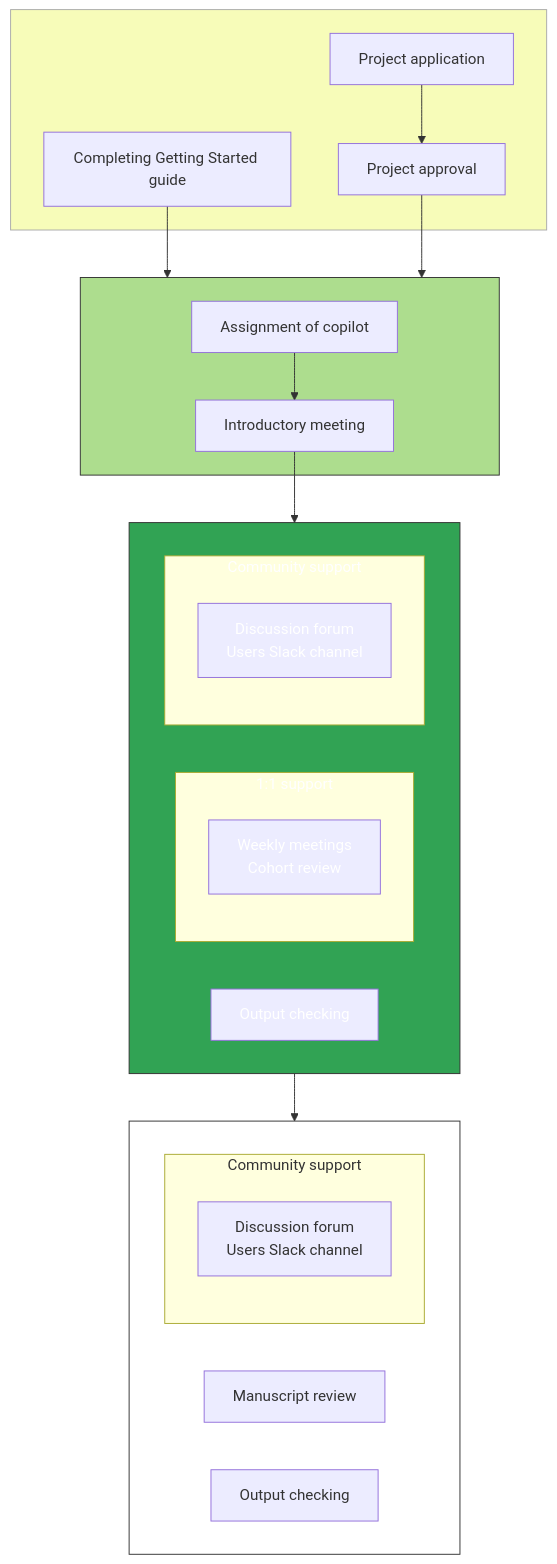
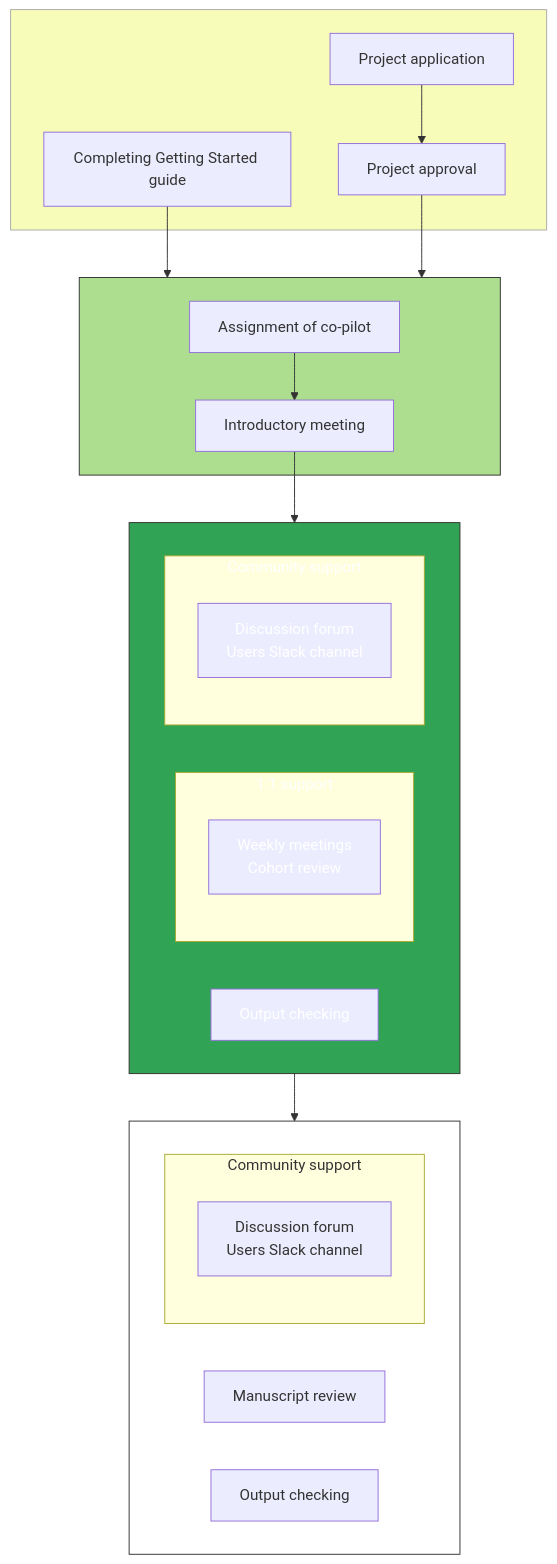
One commit to opensafely/documentation changed the diagram in docs/copiloting-service.md. Above: the diagram before and after it, drawn with Mermaid. The commit also changed other lines of this file and 1 other file, not shown here.

First line of the commit message:
Changing the spelling of copilot to co-pilot

````diff
--- a/docs/copiloting-service.md
+++ b/docs/copiloting-service.md
@@ -30,43 +30,43 @@
 ```mermaid
 flowchart TD
     subgraph setup_stage[" "]
         application_submission[Project application]
         application_approval[Project approval]
         application_submission --> application_approval
         getting_started[Completing Getting Started guide]
     end
     subgraph assignment_stage[" "]
-            copilot_assignment[Assignment of copilot]
+            copilot_assignment[Assignment of co-pilot]
             introductory_meeting[Introductory meeting]
             copilot_assignment --> introductory_meeting
     end
     subgraph copiloting_stage[" "]
         subgraph dedicated_support[1:1 support]
             active_copiloting[Weekly meetings\nCohort review]
         end
         subgraph wider_support[Community support]
             wider_support_details[Discussion forum\nUsers Slack channel]
         end
         output_checking[Output checking]
     end
     subgraph post_copiloting_stage[" "]
         subgraph wider_support_post[Community support]
             wider_support_details_post[Discussion forum\nUsers Slack channel]
         end
         manuscript_review[Manuscript review]
         output_checking_post[Output checking]
     end
     getting_started --> assignment_stage
     application_approval --> assignment_stage
     introductory_meeting --> copiloting_stage
     copiloting_stage --> post_copiloting_stage
     style setup_stage fill:#f7fcb9,stroke:#aaa
     style assignment_stage fill:#addd8e,stroke:#333
     style copiloting_stage fill:#31a354,stroke:#333
     style dedicated_support color:white
     style active_copiloting color:white
     style wider_support color:white
     style wider_support_details color:white
     style output_checking color:white
     style post_copiloting_stage fill:#fff,stroke:#333
 ```
````
